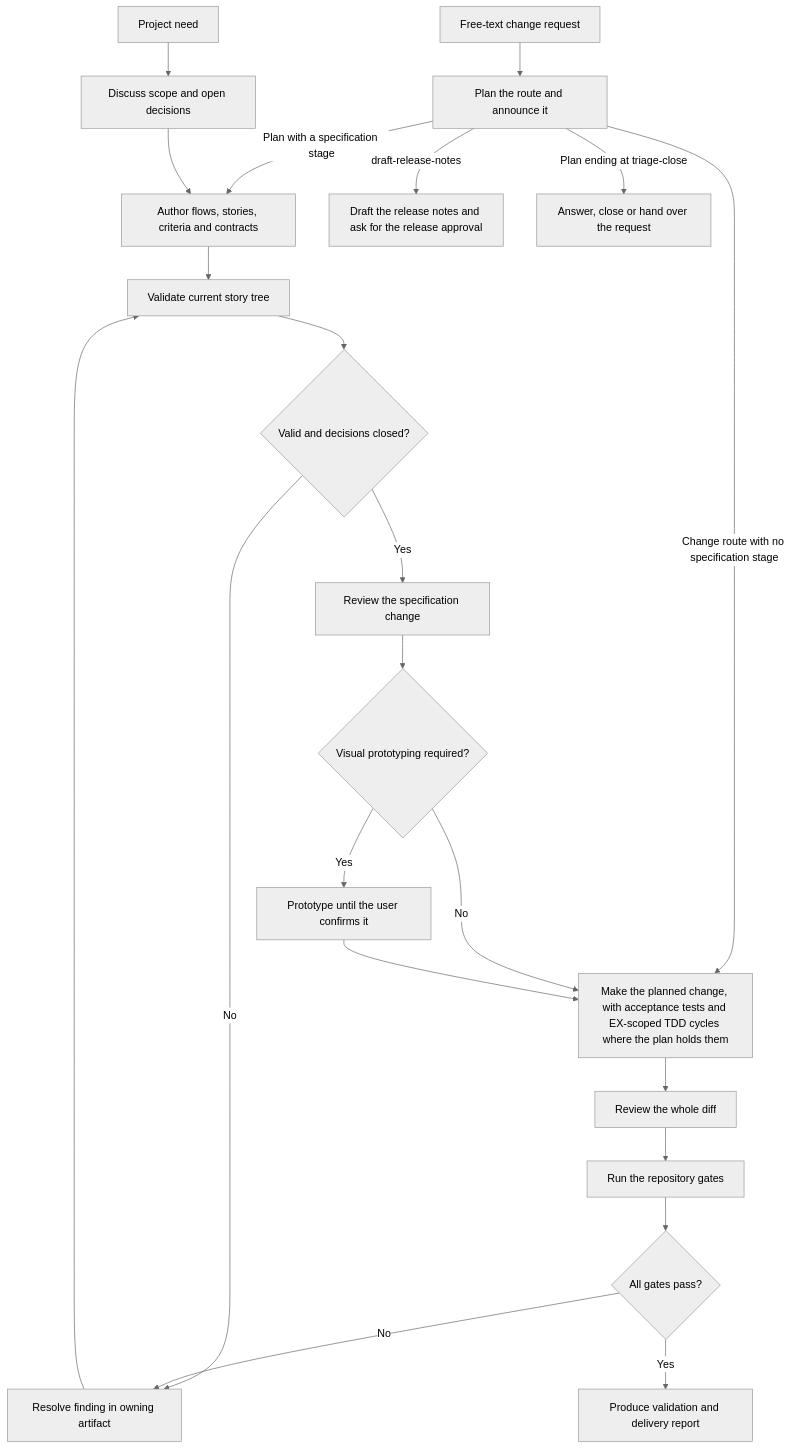
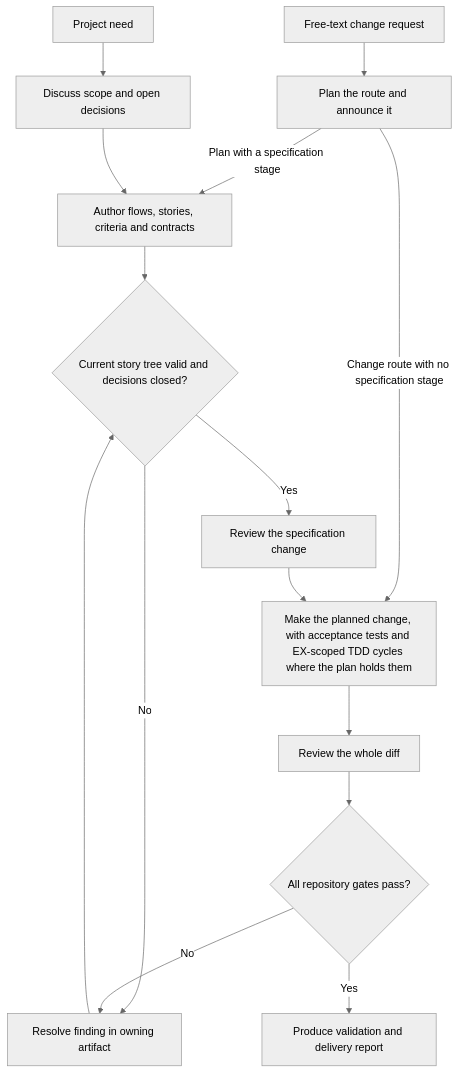
The diagram in .qfai/spec/02_business-flow/business-flow-0001/business-flow.md (aganesy/QFAI), drawn with Mermaid (neutral theme) before and after one commit. The commit also changed other lines of this file and 1 other file, not shown here.

Commit message:
Bring the development and migration flow diagrams within the diagram budget
Keep each flow's main path in its diagram and describe the route, prototyping, retry and resolution branches in the alternate and exception paths list.

````diff
--- a/.qfai/spec/02_business-flow/business-flow-0001/business-flow.md
+++ b/.qfai/spec/02_business-flow/business-flow-0001/business-flow.md
@@ -12,24 +12,17 @@
 ```mermaid
 flowchart TD
   Need[Project need] --> Discuss[Discuss scope and open decisions]
   Request[Free-text change request] --> Route[Plan the route and announce it]
   Route -->|Plan with a specification stage| SDD
   Route -->|Change route with no specification stage| Implement
-  Route -->|draft-release-notes| Notes[Draft the release notes and ask for the release approval]
-  Route -->|Plan ending at triage-close| Close[Answer, close or hand over the request]
   Discuss --> SDD[Author flows, stories, criteria and contracts]
-  SDD --> Validate[Validate current story tree]
-  Validate --> Ready{Valid and decisions closed?}
-  Ready -->|No| Repair[Resolve finding in owning artifact]
+  SDD --> Validate{Current story tree valid and decisions closed?}
+  Validate -->|No| Repair[Resolve finding in owning artifact]
   Repair --> Validate
-  Ready -->|Yes| SpecReview[Review the specification change]
-  SpecReview --> UI{Visual prototyping required?}
-  UI -->|Yes| Prototype[Prototype until the user confirms it]
-  UI -->|No| Implement[Make the planned change, with acceptance tests and EX-scoped TDD cycles where the plan holds them]
-  Prototype --> Implement
+  Validate -->|Yes| SpecReview[Review the specification change]
+  SpecReview --> Implement[Make the planned change, with acceptance tests and EX-scoped TDD cycles where the plan holds them]
   Implement --> CodeReview[Review the whole diff]
-  CodeReview --> Verify[Run the repository gates]
-  Verify --> Gate{All gates pass?}
+  CodeReview --> Gate{All repository gates pass?}
   Gate -->|No| Repair
   Gate -->|Yes| Report[Produce validation and delivery report]
 ```
````
